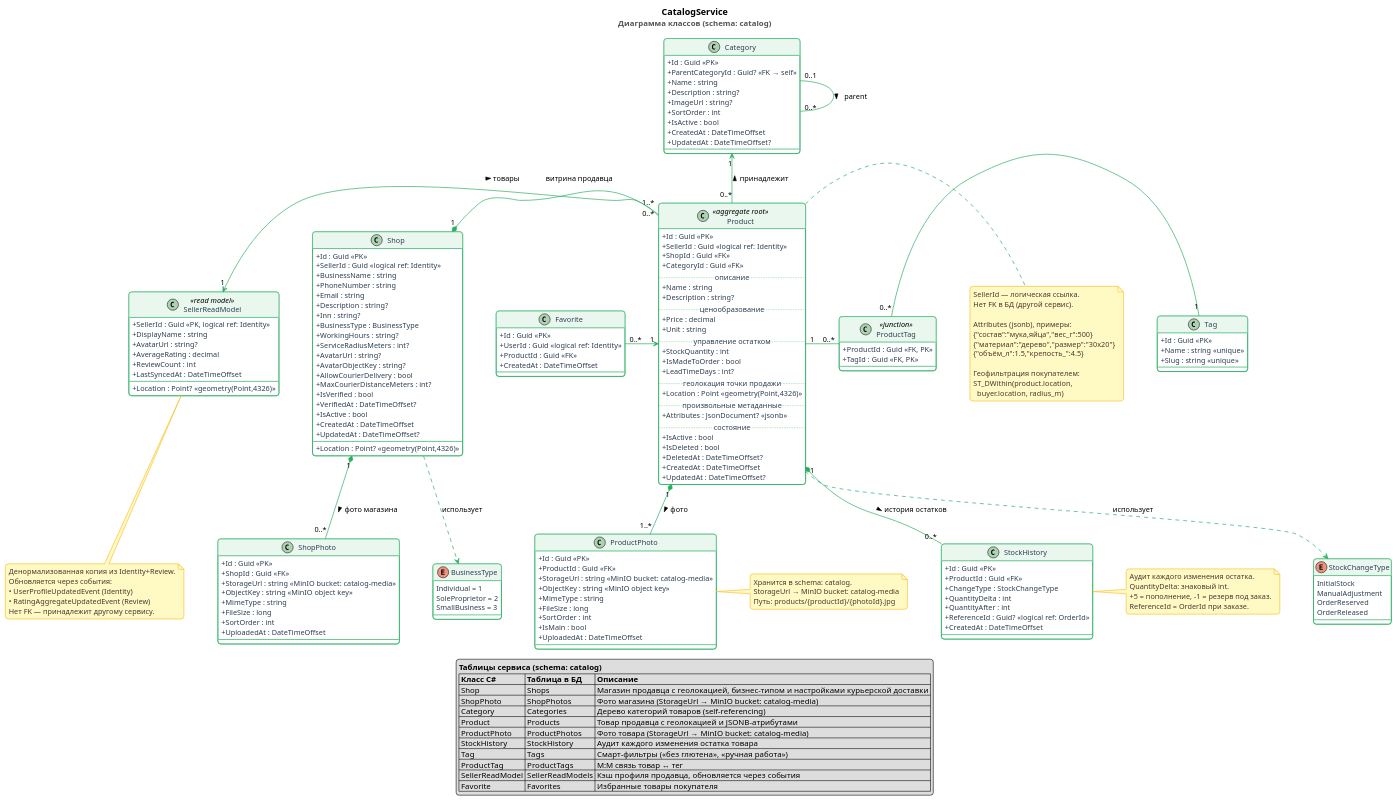
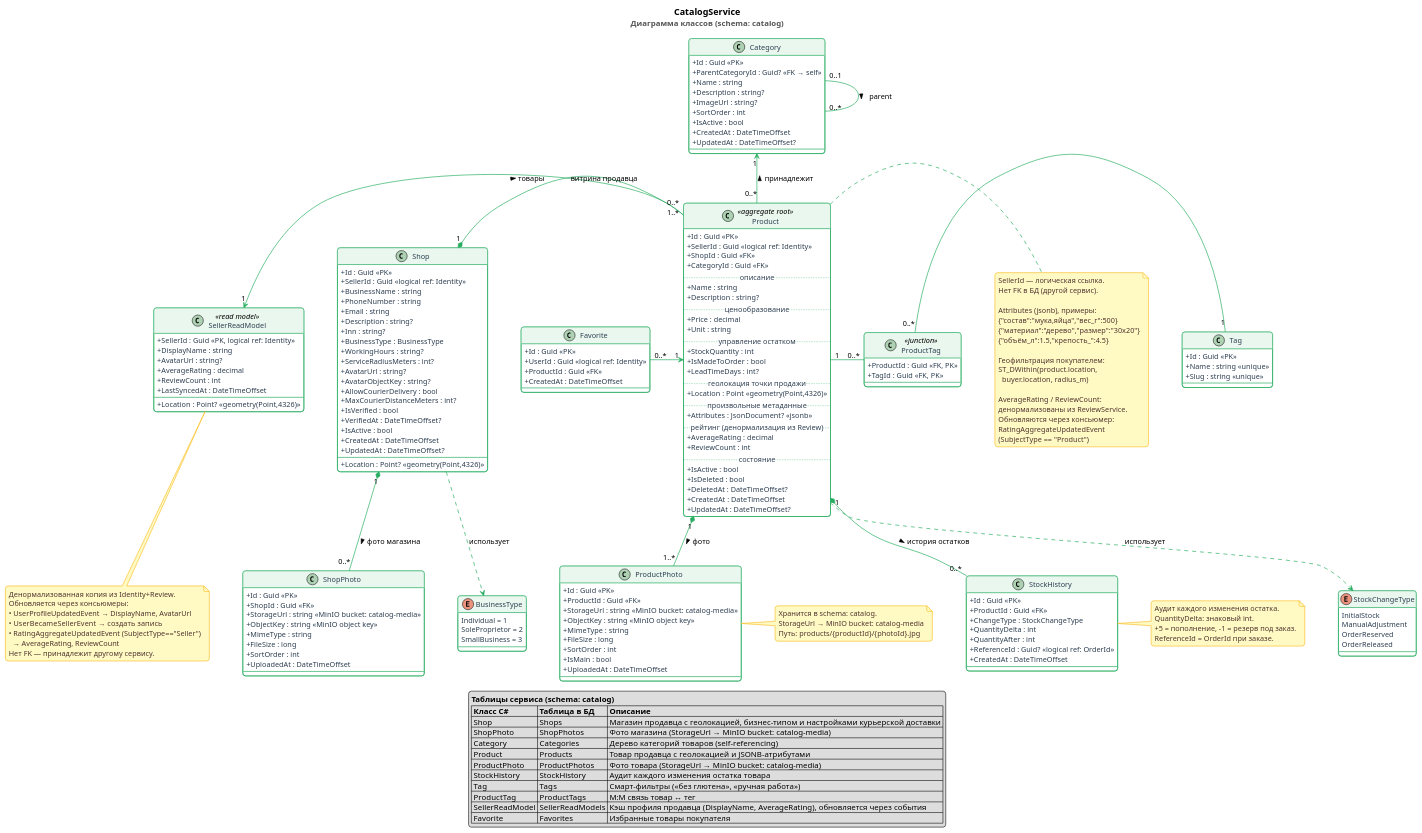
Before and after one commit to LocMp-olegg/LocalMarketplace: the diagram in docs/diagrams/catalog-service.puml, drawn with PlantUML. The commit also changed 1 other file, not shown here.

```diff
--- a/docs/diagrams/catalog-service.puml
+++ b/docs/diagrams/catalog-service.puml
@@ -125,6 +125,9 @@
     + Location : Point <<geometry(Point,4326)>>
     ..произвольные метаданные..
     + Attributes : JsonDocument? <<jsonb>>
+    ..рейтинг (денормализация из Review)..
+    + AverageRating : decimal
+    + ReviewCount : int
     ..состояние..
     + IsActive : bool
     + IsDeleted : bool
@@ -222,6 +225,12 @@
   Геофильтрация покупателем:
   ST_DWithin(product.location,
     buyer.location, radius_m)
+
+  AverageRating / ReviewCount:
+  денормализованы из ReviewService.
+  Обновляются через консьюмер:
+  RatingAggregateUpdatedEvent
+  (SubjectType == "Product")
 end note
 
 note right of ProductPhoto
@@ -232,9 +241,11 @@
 
 note bottom of SellerReadModel
   Денормализованная копия из Identity+Review.
-  Обновляется через события:
-  • UserProfileUpdatedEvent (Identity)
-  • RatingAggregateUpdatedEvent (Review)
+  Обновляется через консьюмеры:
+  • UserProfileUpdatedEvent → DisplayName, AvatarUrl
+  • UserBecameSellerEvent   → создать запись
+  • RatingAggregateUpdatedEvent (SubjectType=="Seller")
+    → AverageRating, ReviewCount
   Нет FK — принадлежит другому сервису.
 end note
 
@@ -259,7 +270,7 @@
   | StockHistory | StockHistory | Аудит каждого изменения остатка товара |
   | Tag | Tags | Смарт-фильтры («без глютена», «ручная работа») |
   | ProductTag | ProductTags | M:M связь товар ↔ тег |
-  | SellerReadModel | SellerReadModels | Кэш профиля продавца, обновляется через события |
+  | SellerReadModel | SellerReadModels | Кэш профиля продавца (DisplayName, AverageRating), обновляется через события |
   | Favorite | Favorites | Избранные товары покупателя |
 endlegend
 
```
